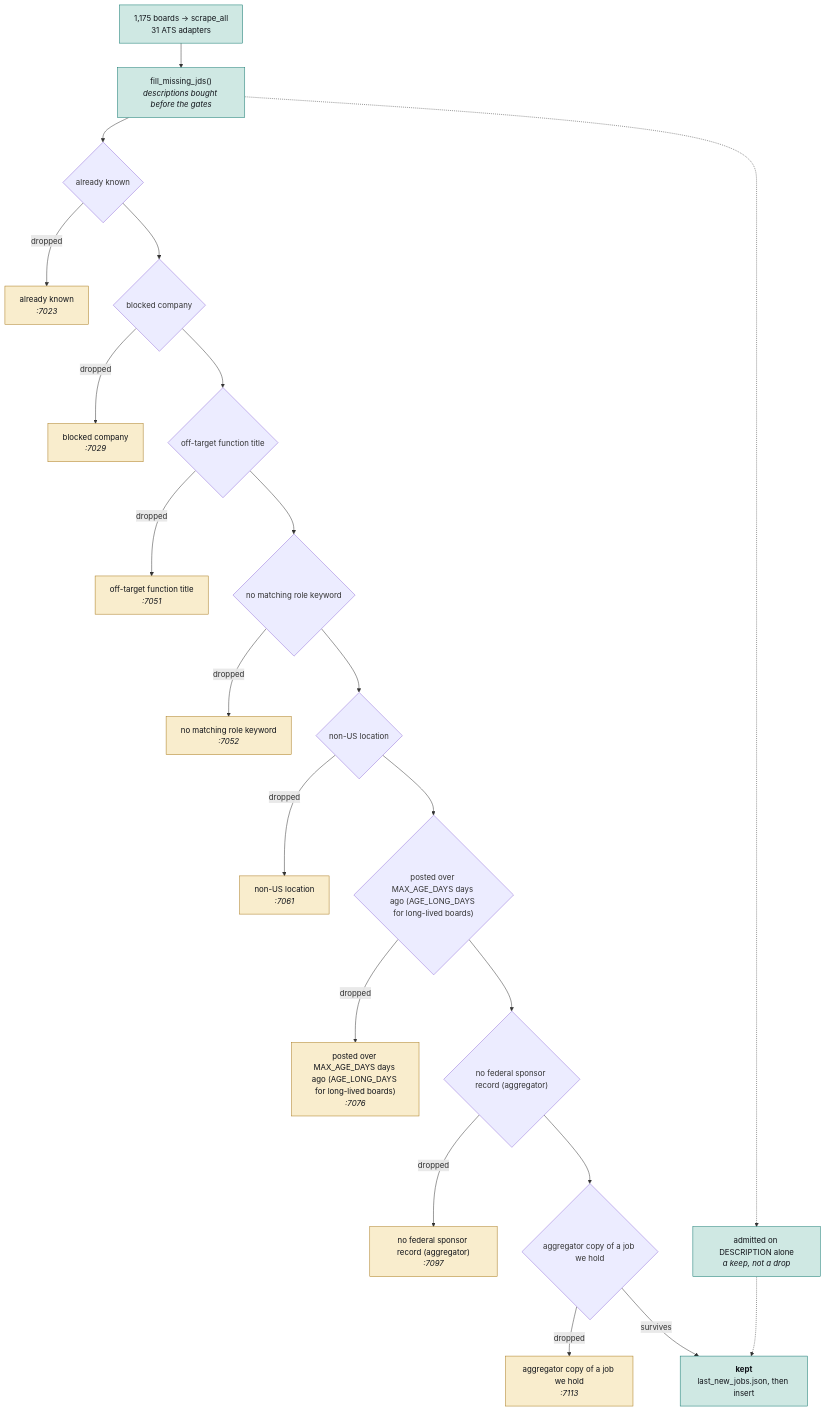
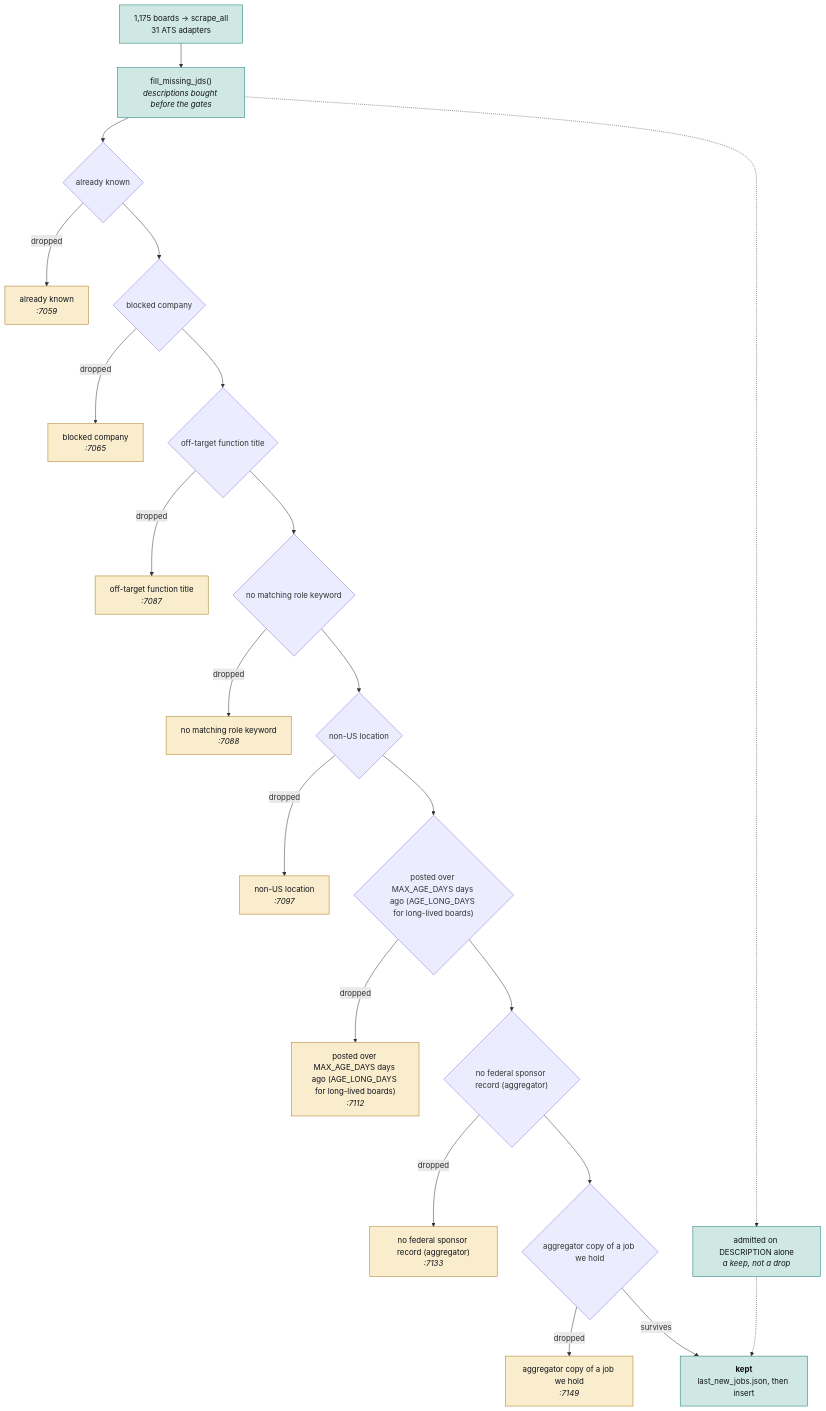
The second of 4 diagrams in JobMatch Scraper/docs/ARCHITECTURE.md (hadakunal909-debug/job-search-tool), drawn with Mermaid before and after one commit. The commit also changed other lines of this file and 6 other files, not shown here.

````diff
--- a/JobMatch Scraper/docs/ARCHITECTURE.md
+++ b/JobMatch Scraper/docs/ARCHITECTURE.md
@@ -106,54 +106,54 @@
 ```mermaid
 flowchart TB
   SRC["1,175 boards → scrape_all<br/>31 ATS adapters"]
   JD["fill_missing_jds()<br/><i>descriptions bought before the gates</i>"]
   SRC --> JD
   G0{"already known"}
-  D0["already known<br/><i>:7023</i>"]
+  D0["already known<br/><i>:7059</i>"]
   JD --> G0
   G0 -->|dropped| D0
   class D0 trap
   G1{"blocked company"}
-  D1["blocked company<br/><i>:7029</i>"]
+  D1["blocked company<br/><i>:7065</i>"]
   G0 --> G1
   G1 -->|dropped| D1
   class D1 trap
   G2{"off-target function title"}
-  D2["off-target function title<br/><i>:7051</i>"]
+  D2["off-target function title<br/><i>:7087</i>"]
   G1 --> G2
   G2 -->|dropped| D2
   class D2 trap
   G3{"no matching role keyword"}
-  D3["no matching role keyword<br/><i>:7052</i>"]
+  D3["no matching role keyword<br/><i>:7088</i>"]
   G2 --> G3
   G3 -->|dropped| D3
   class D3 trap
   G4{"non-US location"}
-  D4["non-US location<br/><i>:7061</i>"]
+  D4["non-US location<br/><i>:7097</i>"]
   G3 --> G4
   G4 -->|dropped| D4
   class D4 trap
   G5{"posted over MAX_AGE_DAYS days ago (AGE_LONG_DAYS for long-lived boards)"}
-  D5["posted over MAX_AGE_DAYS days ago (AGE_LONG_DAYS for long-lived boards)<br/><i>:7076</i>"]
+  D5["posted over MAX_AGE_DAYS days ago (AGE_LONG_DAYS for long-lived boards)<br/><i>:7112</i>"]
   G4 --> G5
   G5 -->|dropped| D5
   class D5 trap
   G6{"no federal sponsor record (aggregator)"}
-  D6["no federal sponsor record (aggregator)<br/><i>:7097</i>"]
+  D6["no federal sponsor record (aggregator)<br/><i>:7133</i>"]
   G5 --> G6
   G6 -->|dropped| D6
   class D6 trap
   G7{"aggregator copy of a job we hold"}
-  D7["aggregator copy of a job we hold<br/><i>:7113</i>"]
+  D7["aggregator copy of a job we hold<br/><i>:7149</i>"]
   G6 --> G7
   G7 -->|dropped| D7
   class D7 trap
   KEEP["<b>kept</b><br/>last_new_jobs.json, then insert"]
   G7 -->|survives| KEEP
   RESCUE["admitted on DESCRIPTION alone<br/><i>a keep, not a drop</i>"]
   JD -.-> RESCUE
   RESCUE -.-> KEEP
   classDef trap fill:#f9edcd,stroke:#a8781a,color:#101319
   classDef sched fill:#cfe8e3,stroke:#0f766e,color:#101319
   class SRC,JD,KEEP,RESCUE sched
 ```
````
